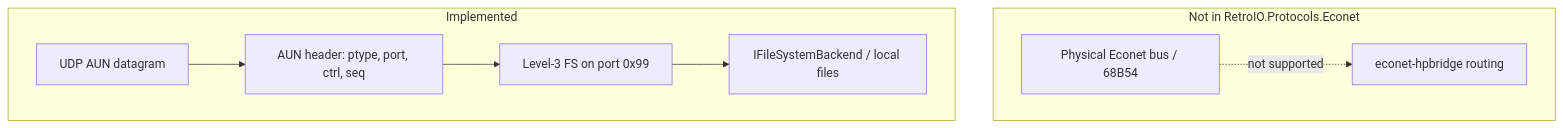
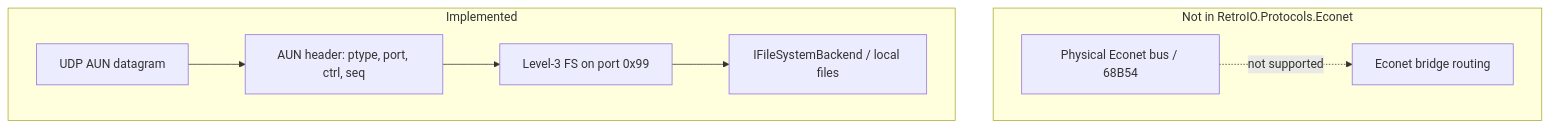
The second of 5 diagrams in src/RetroIO.Protocols.Econet/src/README.md (RetroCoreLabs/RetroIO), drawn with Mermaid before and after one commit. The commit also changed other lines of this file and 102 other files, not shown here.

````diff
--- a/src/RetroIO.Protocols.Econet/src/README.md
+++ b/src/RetroIO.Protocols.Econet/src/README.md
@@ -131,17 +129,17 @@
 ```mermaid
 flowchart TB
     subgraph NotImplemented["Not in RetroIO.Protocols.Econet"]
         Wire["Physical Econet bus / 68B54"]
-        Bridge["econet-hpbridge routing"]
+        Bridge["Econet bridge routing"]
     end
 
     subgraph Implemented["Implemented"]
         UDP["UDP AUN datagram"]
         AUN["AUN header: ptype, port, ctrl, seq"]
         FS["Level-3 FS on port 0x99"]
         Store["IFileSystemBackend / local files"]
     end
 
     Wire -.->|not supported| Bridge
     UDP --> AUN --> FS --> Store
 ```
````
